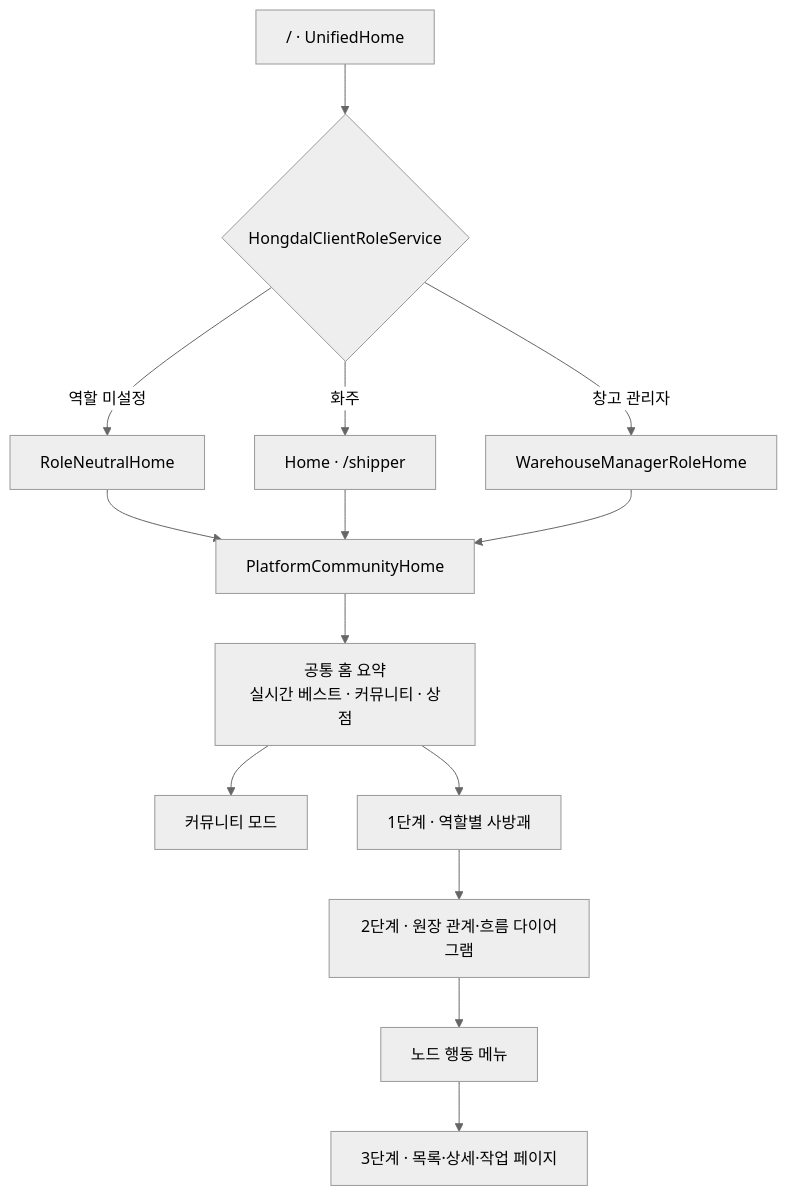
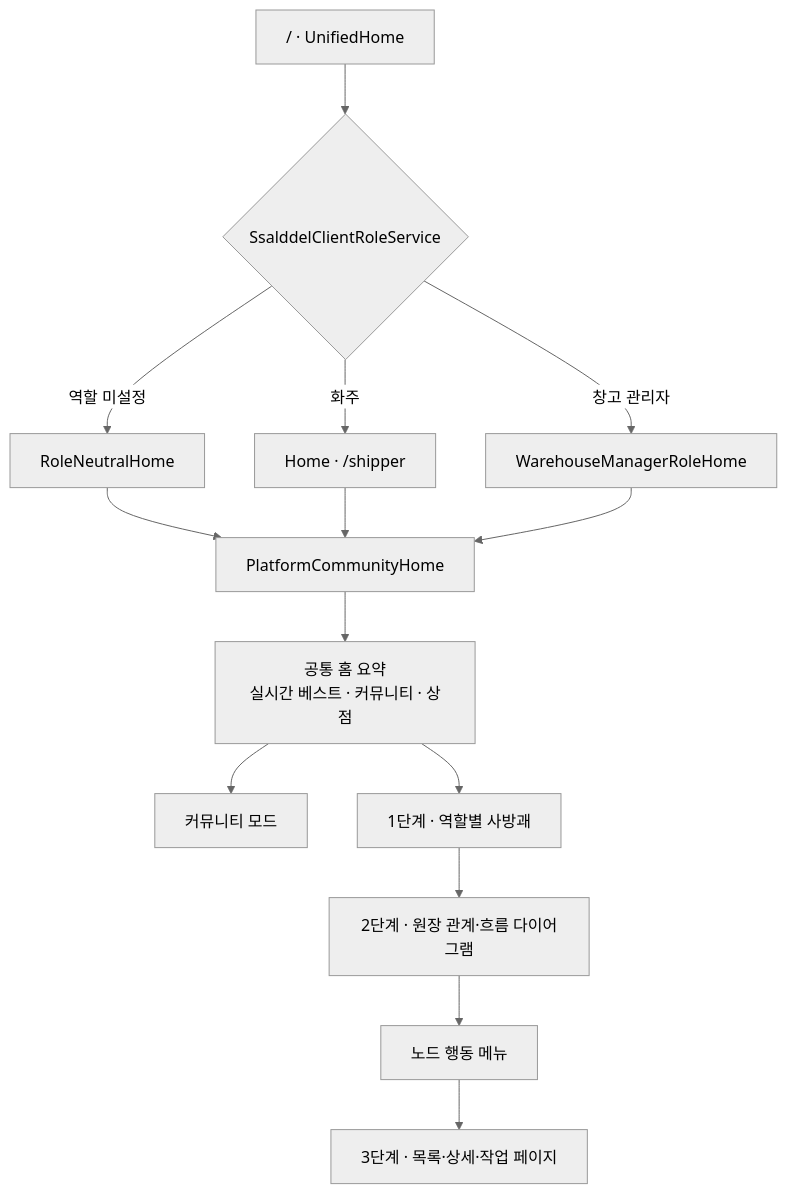
The diagram in docs/Architecture/PlatformHomeMode.md (cheolwo/hongdal), drawn with Mermaid (neutral theme) before and after one commit. The commit also changed other lines of this file and 6611 other files, not shown here.

Commit message:
refactor: rename Hongdal to Ssalddel

````diff
--- a/docs/Architecture/PlatformHomeMode.md
+++ b/docs/Architecture/PlatformHomeMode.md
@@ -7,16 +7,16 @@
 ```mermaid
 flowchart TD
-    A["/ · UnifiedHome"] --> B{"HongdalClientRoleService"}
+    A["/ · UnifiedHome"] --> B{"SsalddelClientRoleService"}
     B -->|역할 미설정| N["RoleNeutralHome"]
     B -->|화주| C["Home · /shipper"]
     B -->|창고 관리자| D["WarehouseManagerRoleHome"]
     N --> E["PlatformCommunityHome"]
     C --> E["PlatformCommunityHome"]
     D --> E
     E --> S["공통 홈 요약\n실시간 베스트 · 커뮤니티 · 상점"]
     S --> F["커뮤니티 모드"]
     S --> G["1단계 · 역할별 사방괘"]
     G --> H["2단계 · 원장 관계·흐름 다이어그램"]
     H --> I["노드 행동 메뉴"]
     I --> J["3단계 · 목록·상세·작업 페이지"]
 ```
````
